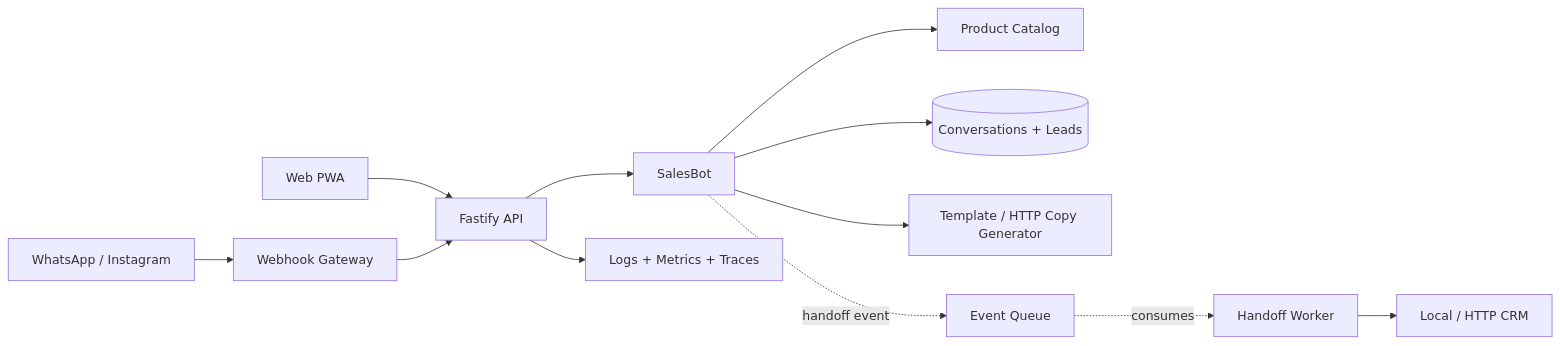
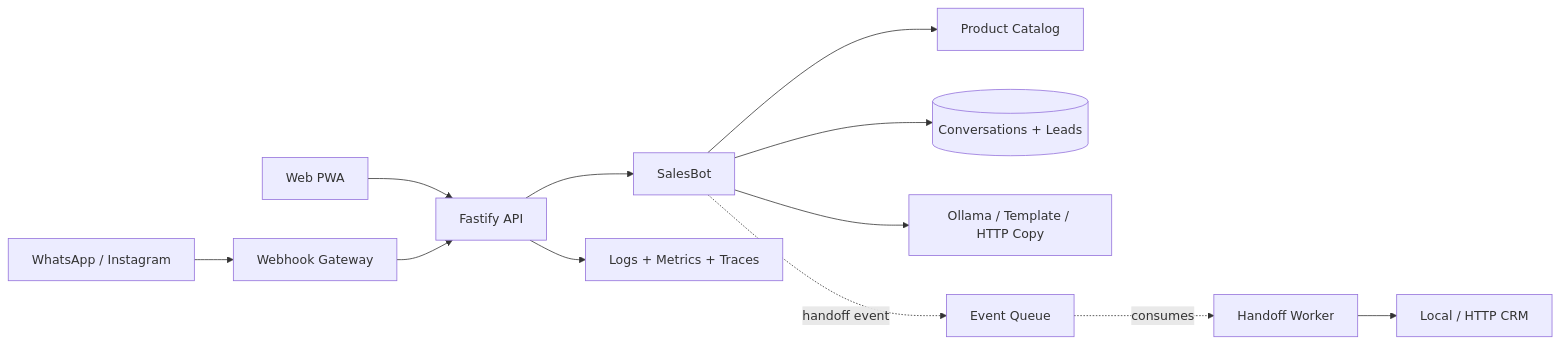
Before and after one commit to stpedr/crispy-engine-chatbot: the diagram in README.md, drawn with Mermaid. The commit also changed other lines of this file and 10 other files, not shown here.

````diff
--- a/README.md
+++ b/README.md
@@ -17,14 +17,14 @@
 ```mermaid
 flowchart LR
   Web[Web PWA] --> API[Fastify API]
   Channels[WhatsApp / Instagram] --> Gateway[Webhook Gateway]
   Gateway --> API
   API --> Bot[SalesBot]
   Bot --> Catalog[Product Catalog]
   Bot --> Store[(Conversations + Leads)]
-  Bot --> Copy[Template / HTTP Copy Generator]
+  Bot --> Copy[Ollama / Template / HTTP Copy]
   Bot -. handoff event .-> Queue[Event Queue]
   Queue -. consumes .-> Worker[Handoff Worker]
   Worker --> CRM[Local / HTTP CRM]
   API --> Observability[Logs + Metrics + Traces]
 ```
````
